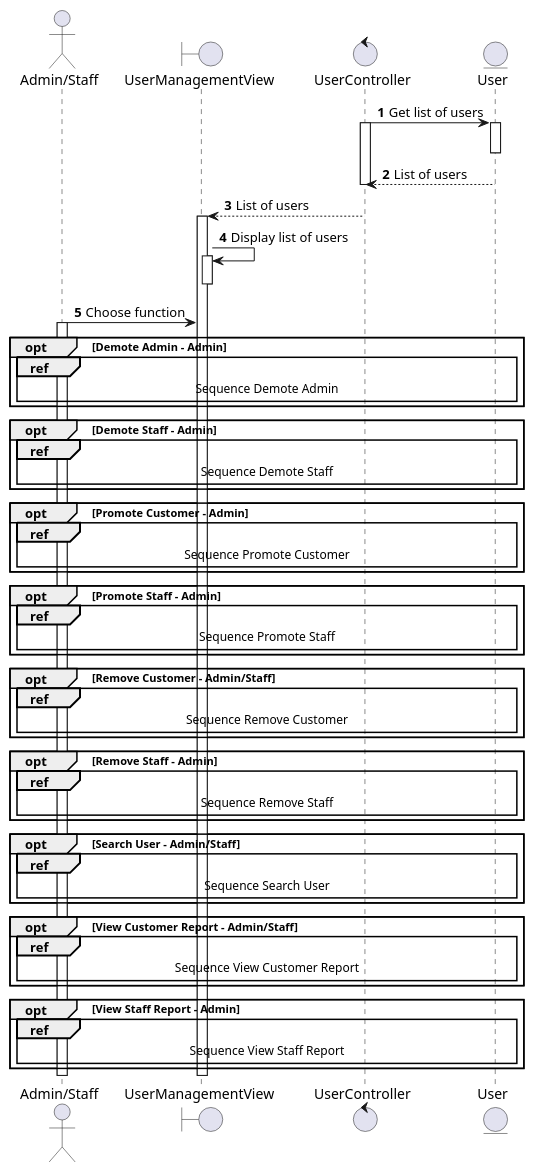
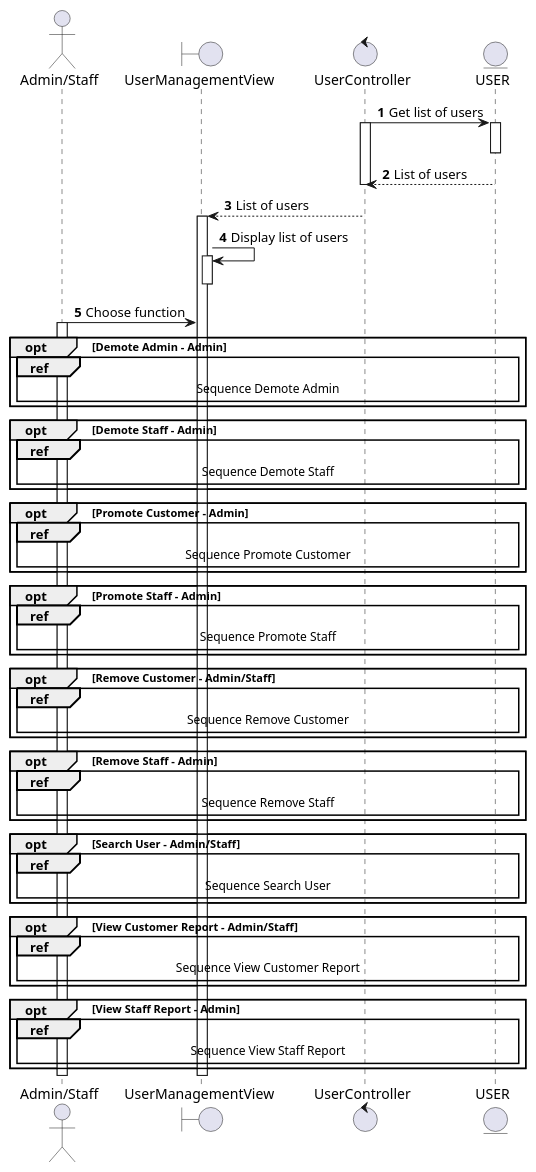
Before and after one commit to electricilies/electricilies.github.io: the diagram in docs/docs/sequence/manage-user/manage-user.md, drawn with PlantUML. The commit also changed other lines of this file and 1 other file, not shown here.

Commit message:
feat(sequence): search user

````diff
--- a/docs/docs/sequence/manage-user/manage-user.md
+++ b/docs/docs/sequence/manage-user/manage-user.md
@@ -3,64 +3,64 @@
 ```plantuml
 @startuml
 autonumber
 
 actor "Admin/Staff" as AS
 boundary UserManagementView as UMV
 control UserController as UC
-entity User as U
+entity USER as U
 
 UC -> U: Get list of users
 activate UC
 activate U
 deactivate U
 UC <-- U: List of users
 deactivate UC
 UMV <-- UC: List of users
 activate UMV
 UMV -> UMV: Display list of users
 activate UMV
 deactivate UMV
 AS -> UMV: Choose function
 activate AS
 
 opt Demote Admin - Admin
   ref over AS, U: Sequence Demote Admin
 end
 
 opt Demote Staff - Admin
   ref over AS, U: Sequence Demote Staff
 end
 
 opt Promote Customer - Admin
   ref over AS, U: Sequence Promote Customer
 end
 
 opt Promote Staff - Admin
   ref over AS, U: Sequence Promote Staff
 end
 
 opt Remove Customer - Admin/Staff
   ref over AS, U: Sequence Remove Customer
 end
 
 opt Remove Staff - Admin
   ref over AS, U: Sequence Remove Staff
 end
 
 opt Search User - Admin/Staff
   ref over AS, U: Sequence Search User
 end
 
 opt View Customer Report - Admin/Staff
   ref over AS, U: Sequence View Customer Report
 end
 
 opt View Staff Report - Admin
   ref over AS, U: Sequence View Staff Report
 end
 
 deactivate UMV
 deactivate AS
 
 @enduml
 ```
````
